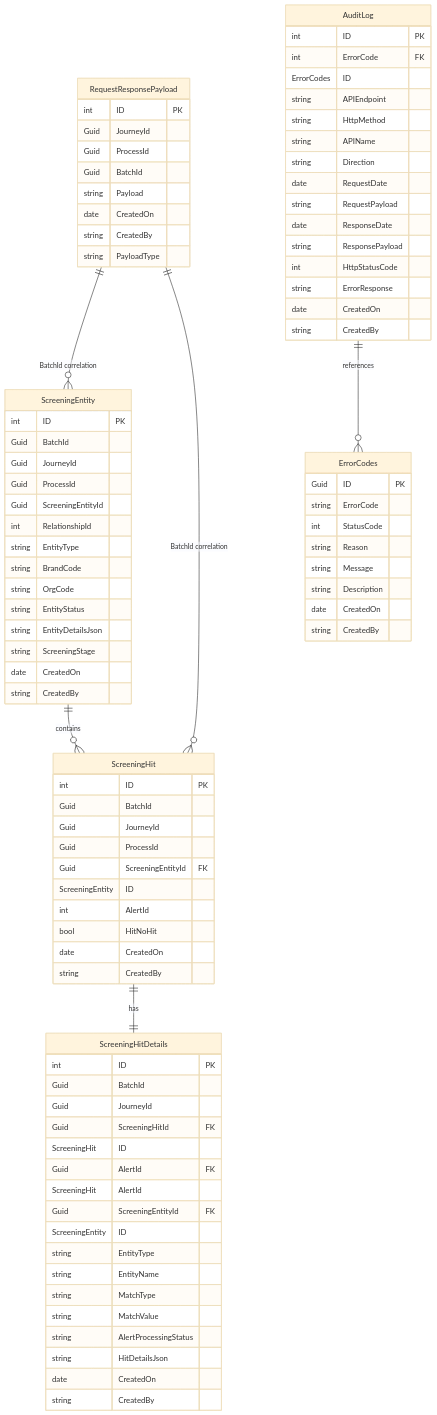
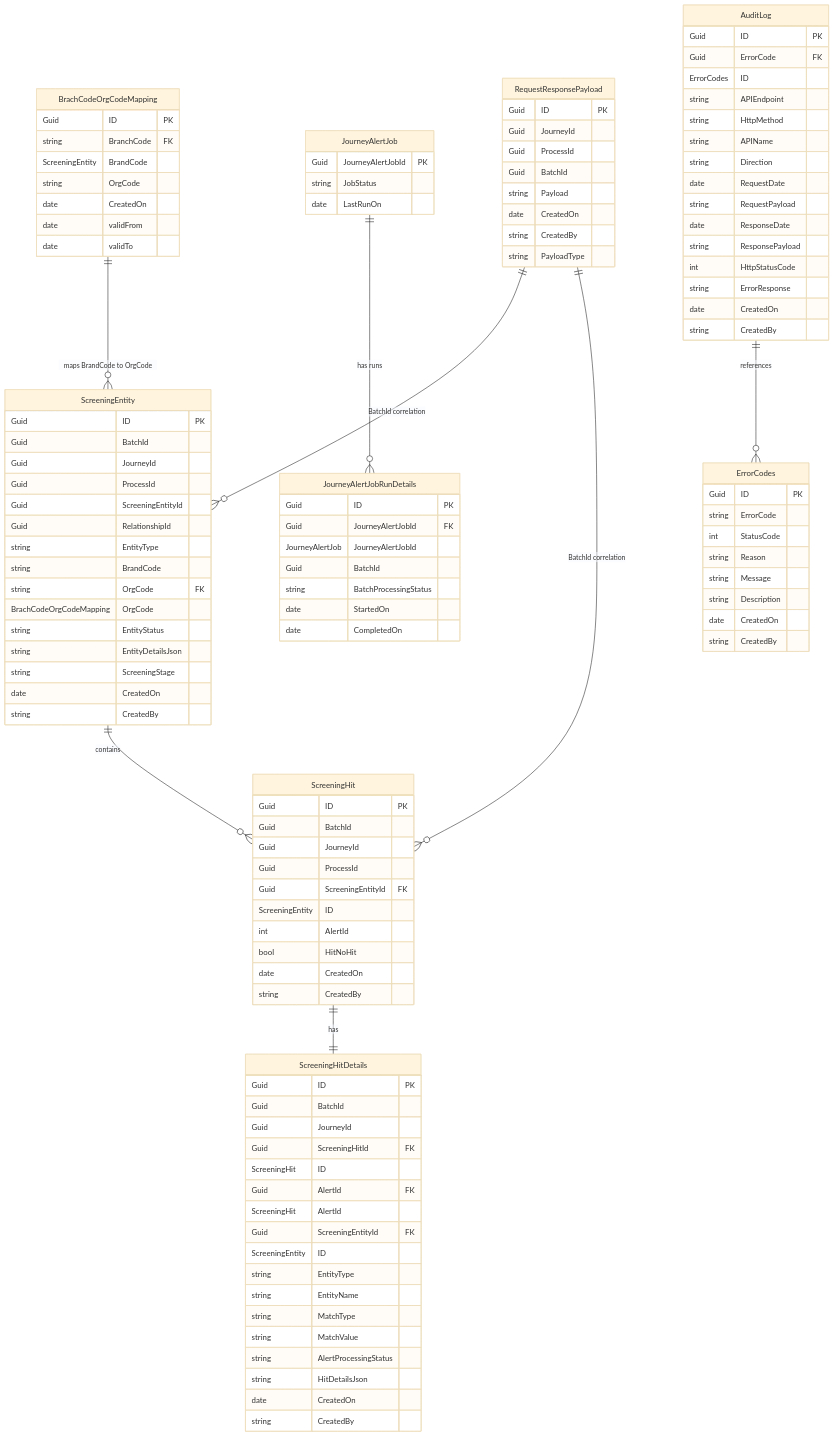
Before and after one commit to jojokoshy/Architecture_Diagrams_Python_AI: the diagram in Arch_Diagrams/v2/screenERD.mmd, drawn with Mermaid (base theme). The commit also changed 2 other files, not shown here.

Commit message:
Refactor flow diagrams and ERD: update table references and data types for clarity and consistency

```diff
--- a/Arch_Diagrams/v2/screenERD.mmd
+++ b/Arch_Diagrams/v2/screenERD.mmd
@@ -1,112 +1,133 @@
 erDiagram
     %% FK label convention:
     %%  - Relationship labels use the format "SourceField -> TargetField" to show FK -> PK mappings.
     %%  - Example: ScreeningBatch }o--|| RequestResponsePayload : "ScreenRequestPayloadId -> ID"
     %%    means ScreeningBatch.ScreenRequestPayloadId references RequestResponsePayload.ID (FK -> PK).
     %%  - Multiplicity notation follows Mermaid ER style: || = one, }o = many/optional.
 
     RequestResponsePayload {
-        int ID PK
+        Guid ID PK
         Guid JourneyId
         Guid ProcessId
         Guid BatchId
         string Payload
         date CreatedOn
         string CreatedBy
         string PayloadType
         %% Notes:
         %% - JourneyId and ProcessId are intentionally duplicated in RequestResponsePayload for query convenience
         %%   (they should match the values in the parent ScreeningBatch row).
         %% - To guarantee exactly one Request and one Response per batch add a DB unique constraint:
         %%   UNIQUE(BatchId, PayloadType).
         %% - PayloadType values are expected to be 'JourneySuperGraphRequest' or 'JourneySuperGraphResponse' or EntitySuperGraphRequest or 'EntitySuperGraphResponse'
 
     }
     ScreeningEntity {
-        int ID PK
+        Guid ID PK
         Guid BatchId
         Guid JourneyId
         Guid ProcessId
         Guid ScreeningEntityId
-        int RelationshipId
+        Guid RelationshipId
         string EntityType
         %% e.g., for a person, this could be 'IND' for individual"
         string BrandCode 
-        string OrgCode
+        %% BranchCode will be used to Derive OrgCode from a Mapping Table
+        string OrgCode FK BrachCodeOrgCodeMapping OrgCode
         string EntityStatus 
         string EntityDetailsJson
         string ScreeningStage
         date CreatedOn
         string CreatedBy
     }
     
+    BrachCodeOrgCodeMapping {
+        Guid ID PK
+        string BranchCode FK ScreeningEntity BrandCode
+        string OrgCode 
+        date CreatedOn
+        date validFrom
+        date validTo
+    }
 
     ScreeningHit {
-        int ID PK
+        Guid ID PK
         Guid BatchId
         Guid JourneyId
         Guid ProcessId
         Guid ScreeningEntityId FK ScreeningEntity ID
         int AlertId
         bool HitNoHit
         date CreatedOn
         string CreatedBy
     }
     
 
     ScreeningHitDetails {
-        int ID PK
+        Guid ID PK
         Guid BatchId
         Guid JourneyId
         Guid ScreeningHitId FK ScreeningHit ID
         Guid AlertId FK ScreeningHit AlertId
         Guid ScreeningEntityId FK ScreeningEntity ID
         string EntityType
         string EntityName
         string MatchType
         string MatchValue
         string AlertProcessingStatus
         string HitDetailsJson
         date CreatedOn
         string CreatedBy
 
     }
     
-    
+    JourneyAlertJob {
+        Guid JourneyAlertJobId PK
+        string JobStatus
+        date LastRunOn
+    }
+    JourneyAlertJobRunDetails {
+        Guid ID PK
+        Guid JourneyAlertJobId FK JourneyAlertJob JourneyAlertJobId
+        Guid BatchId
+        string BatchProcessingStatus
+        date StartedOn
+        date CompletedOn
+    }
 
     AuditLog {
-        int ID PK
-        int ErrorCode FK ErrorCodes ID
+        Guid ID PK
+        Guid ErrorCode FK ErrorCodes ID
         string APIEndpoint
         string HttpMethod
         string APIName
         string Direction
         date RequestDate
         string RequestPayload
         date ResponseDate
         string ResponsePayload
         int HttpStatusCode
         string ErrorResponse
         date CreatedOn
         string CreatedBy
     }
     
 
     ErrorCodes {
         Guid ID PK
         string ErrorCode
         int StatusCode
         string Reason
         string Message
         string Description
         date CreatedOn
         string CreatedBy
     }
     
 
     
     ScreeningEntity ||--o{ ScreeningHit : contains
     ScreeningHit ||--|| ScreeningHitDetails : has
-    AuditLog ||--o{ ErrorCodes : references
-RequestResponsePayload ||--o{ ScreeningEntity : "BatchId correlation"
+    AuditLog ||--o{ ErrorCodes : references    JourneyAlertJob ||--o{ JourneyAlertJobRunDetails : "has runs"
+    BrachCodeOrgCodeMapping ||--o{ ScreeningEntity : "maps BrandCode to OrgCode"RequestResponsePayload ||--o{ ScreeningEntity : "BatchId correlation"
 RequestResponsePayload ||--o{ ScreeningHit : "BatchId correlation"
```
